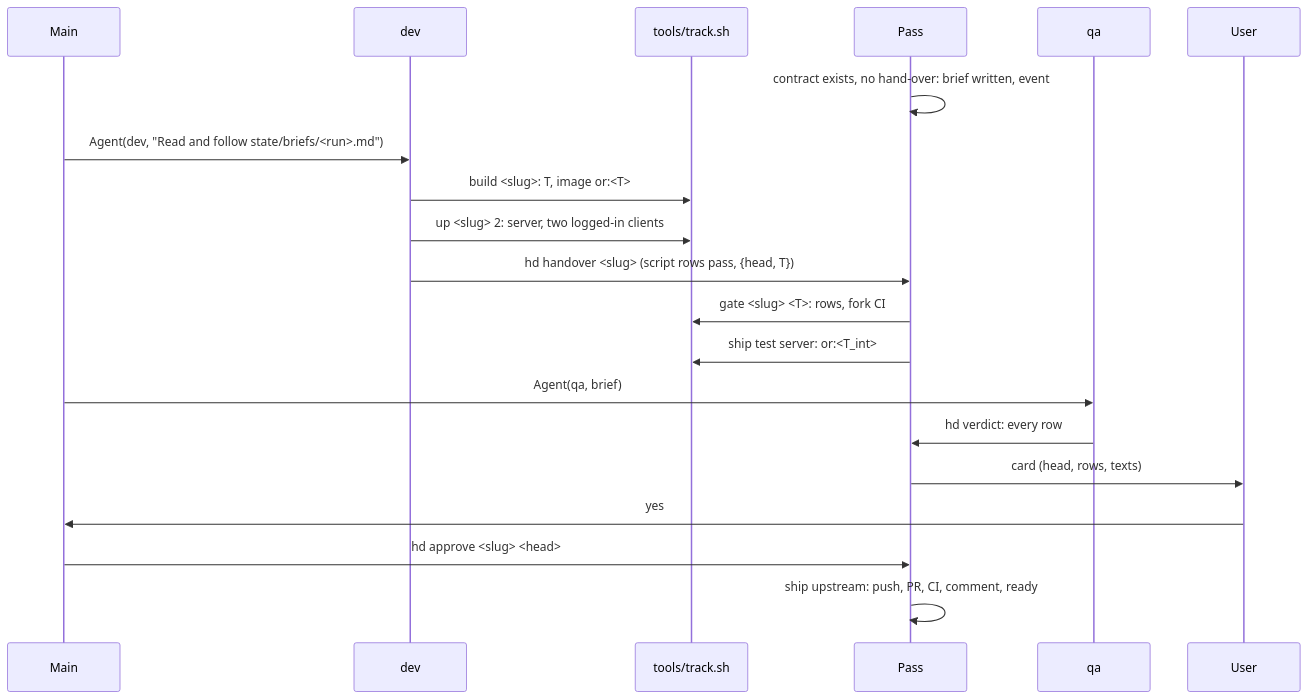
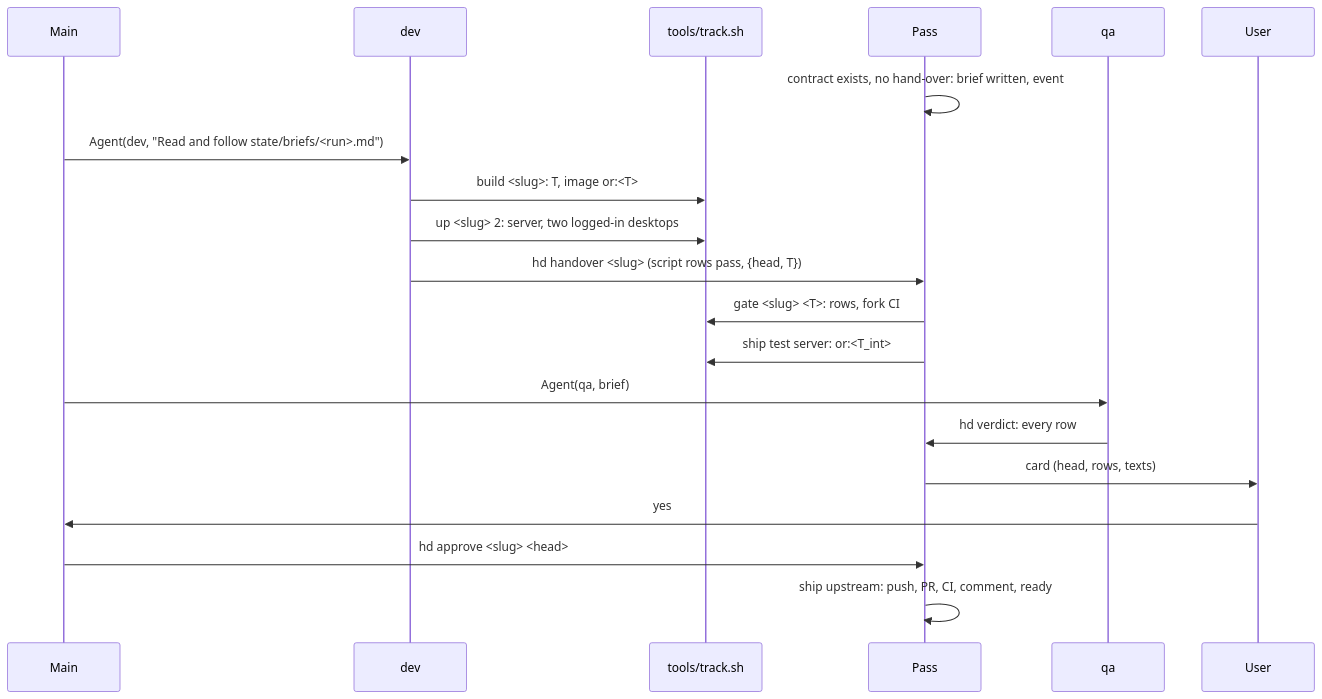
The diagram in docs/ARCHITECTURE.md (AlexPerrin/RuneHarness), drawn with Mermaid before and after one commit. The commit also changed other lines of this file and 11 other files, not shown here.

````diff
--- a/docs/ARCHITECTURE.md
+++ b/docs/ARCHITECTURE.md
@@ -135,22 +135,22 @@
 ```mermaid
 sequenceDiagram
   participant M as Main
   participant D as dev
   participant S as tools/track.sh
   participant P as Pass
   participant Q as qa
   participant U as User
   P->>P: contract exists, no hand-over: brief written, event
   M->>D: Agent(dev, "Read and follow state/briefs/<run>.md")
   D->>S: build <slug>: T, image or:<T>
-  D->>S: up <slug> 2: server, two logged-in clients
+  D->>S: up <slug> 2: server, two logged-in desktops
   D->>P: hd handover <slug> (script rows pass, {head, T})
   P->>S: gate <slug> <T>: rows, fork CI
   P->>S: ship test server: or:<T_int>
   M->>Q: Agent(qa, brief)
   Q->>P: hd verdict: every row
   P->>U: card (head, rows, texts)
   U->>M: yes
   M->>P: hd approve <slug> <head>
   P->>P: ship upstream: push, PR, CI, comment, ready
 ```
````
